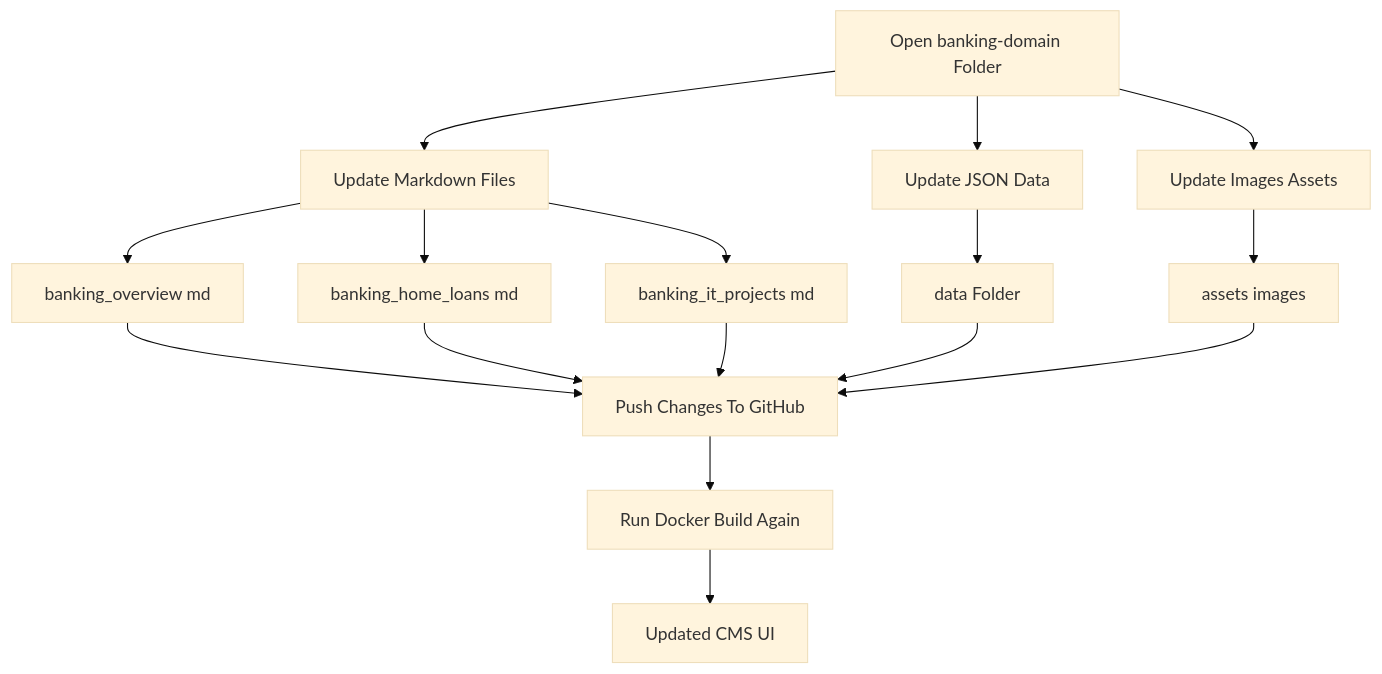
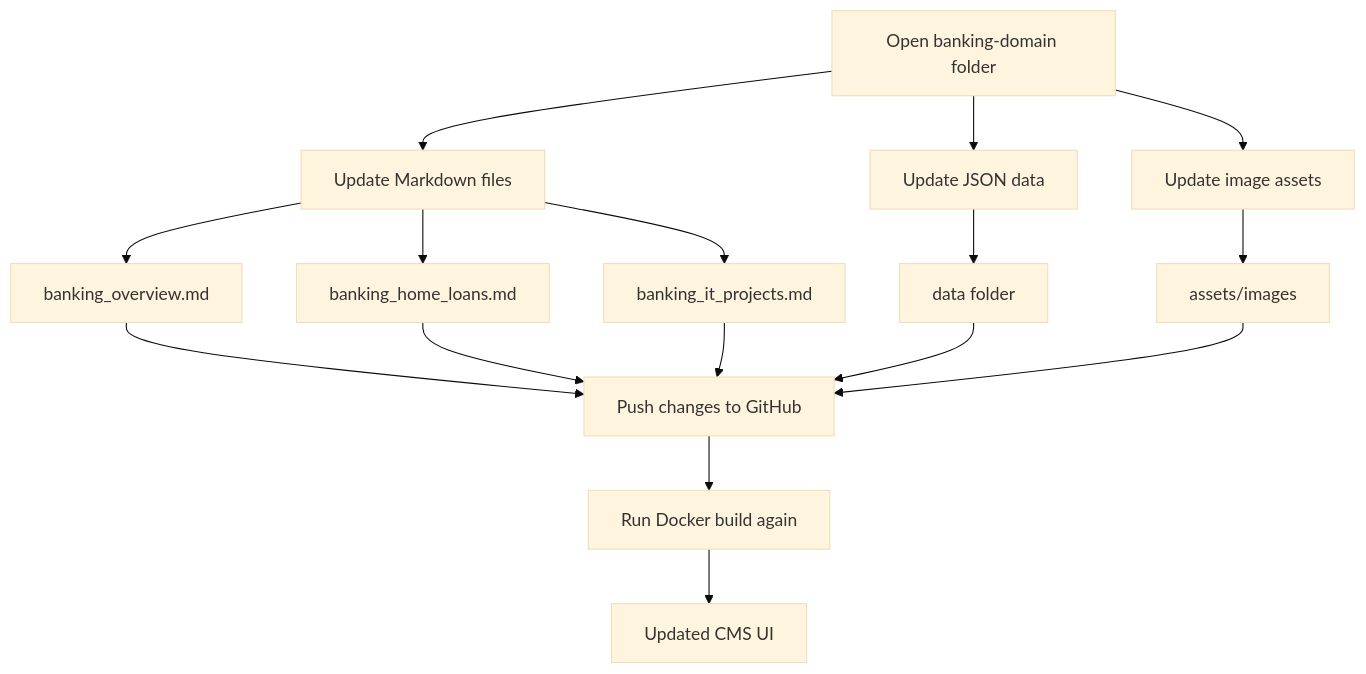
Before and after one commit to tinitiateprime/tinitiate-data-appliance: the third of 7 diagrams in banking-domain/banking_mermaid_shapes.md, drawn with Mermaid (base theme). The commit also changed other lines of this file and 3 other files, not shown here.

````diff
--- a/banking-domain/banking_mermaid_shapes.md
+++ b/banking-domain/banking_mermaid_shapes.md
@@ -69,26 +61,31 @@
 ```mermaid
 flowchart TD
+    A["Open banking-domain folder"]
+    B["Update Markdown files"]
+    C["Update JSON data"]
+    D["Update image assets"]
+    E["banking_overview.md"]
+    F["banking_home_loans.md"]
+    G["banking_it_projects.md"]
+    H["data folder"]
+    I["assets/images"]
+    J["Push changes to GitHub"]
+    K["Run Docker build again"]
+    L["Updated CMS UI"]
 
-    A[Open banking-domain Folder]
-
-    A --> B[Update Markdown Files]
-    A --> C[Update JSON Data]
-    A --> D[Update Images Assets]
-
-    B --> E[banking_overview md]
-    B --> F[banking_home_loans md]
-    B --> G[banking_it_projects md]
-
-    C --> H[data Folder]
-
-    D --> I[assets images]
-
-    E --> J[Push Changes To GitHub]
+    A --> B
+    A --> C
+    A --> D
+    B --> E
+    B --> F
+    B --> G
+    C --> H
+    D --> I
+    E --> J
     F --> J
     G --> J
     H --> J
     I --> J
-
-    J --> K[Run Docker Build Again]
-    K --> L[Updated CMS UI]
+    J --> K
+    K --> L
 ```
````
